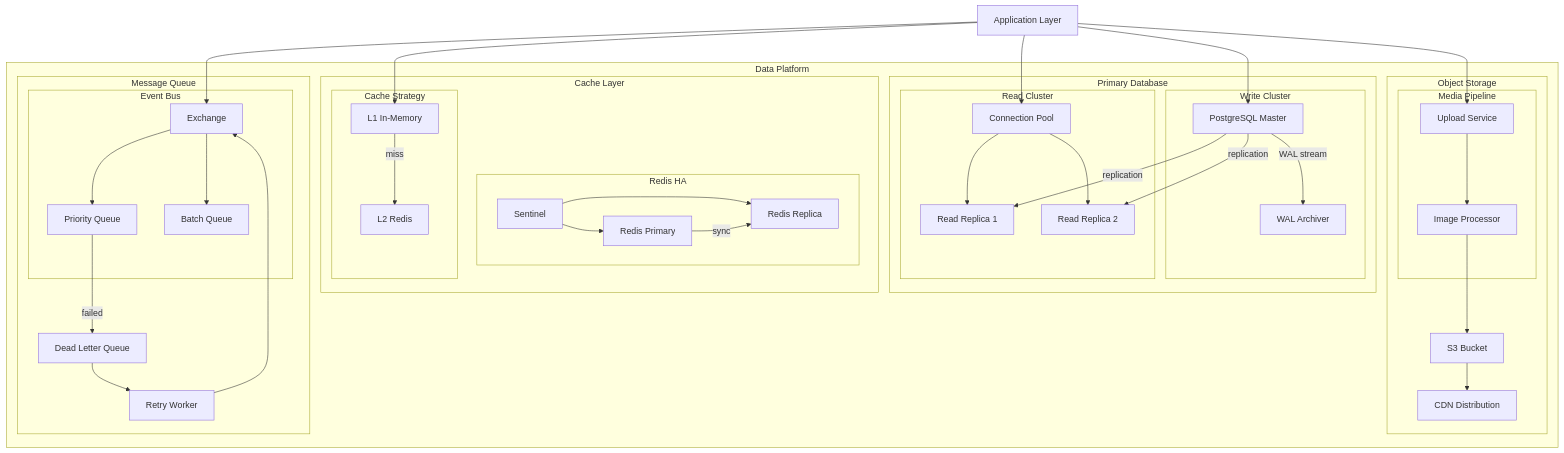
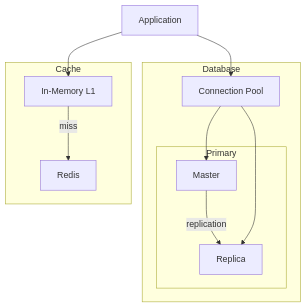
The diagram in diagrams/L2-data-layer.mmd (henry3556108/mermaid-render), drawn with Mermaid before and after one commit. The commit also changed 4 other files, not shown here.

Commit message:
Simplify sample diagram

```diff
--- a/diagrams/L2-data-layer.mmd
+++ b/diagrams/L2-data-layer.mmd
@@ -1,75 +1,20 @@
 graph TB
-  subgraph DataPlatform["Data Platform"]
-
-    subgraph Primary["Primary Database"]
-      subgraph WriteCluster["Write Cluster"]
-        PGMaster["PostgreSQL Master"]
-        WALArchiver["WAL Archiver"]
-        PGMaster -->|WAL stream| WALArchiver
-      end
-
-      subgraph ReadCluster["Read Cluster"]
-        PGReplica1["Read Replica 1"]
-        PGReplica2["Read Replica 2"]
-        ConnPool["Connection Pool"]
-        ConnPool --> PGReplica1
-        ConnPool --> PGReplica2
-      end
-
-      PGMaster -->|replication| PGReplica1
-      PGMaster -->|replication| PGReplica2
+  subgraph Database["Database"]
+    subgraph Primary["Primary"]
+      Master["Master"]
+      Replica["Replica"]
+      Master -->|replication| Replica
     end
-
-    subgraph CacheLayer["Cache Layer"]
-      subgraph RedisHA["Redis HA"]
-        RedisPrimary["Redis Primary"]
-        RedisReplica["Redis Replica"]
-        RedisSentinel["Sentinel"]
-        RedisSentinel --> RedisPrimary
-        RedisSentinel --> RedisReplica
-        RedisPrimary -->|sync| RedisReplica
-      end
-
-      subgraph CacheStrategy["Cache Strategy"]
-        L1Cache["L1 In-Memory"]
-        L2Cache["L2 Redis"]
-        L1Cache -->|miss| L2Cache
-      end
-    end
-
-    subgraph Storage["Object Storage"]
-      subgraph MediaPipeline["Media Pipeline"]
-        Uploader["Upload Service"]
-        Processor["Image Processor"]
-        Uploader --> Processor
-      end
-
-      S3Bucket["S3 Bucket"]
-      CDN["CDN Distribution"]
-      Processor --> S3Bucket
-      S3Bucket --> CDN
-    end
-
-    subgraph Messaging["Message Queue"]
-      subgraph EventBus["Event Bus"]
-        Exchange["Exchange"]
-        Queue1["Priority Queue"]
-        Queue2["Batch Queue"]
-        Exchange --> Queue1
-        Exchange --> Queue2
-      end
-
-      DeadLetter["Dead Letter Queue"]
-      RetryWorker["Retry Worker"]
-      Queue1 -->|failed| DeadLetter
-      DeadLetter --> RetryWorker
-      RetryWorker --> Exchange
-    end
-
+    ConnPool["Connection Pool"]
+    ConnPool --> Master
+    ConnPool --> Replica
   end
 
-  AppLayer["Application Layer"] --> PGMaster
-  AppLayer --> ConnPool
-  AppLayer --> L1Cache
-  AppLayer --> Uploader
-  AppLayer --> Exchange
+  subgraph CacheLayer["Cache"]
+    Redis["Redis"]
+    InMemory["In-Memory L1"]
+    InMemory -->|miss| Redis
+  end
+
+  App["Application"] --> ConnPool
+  App --> InMemory
```
